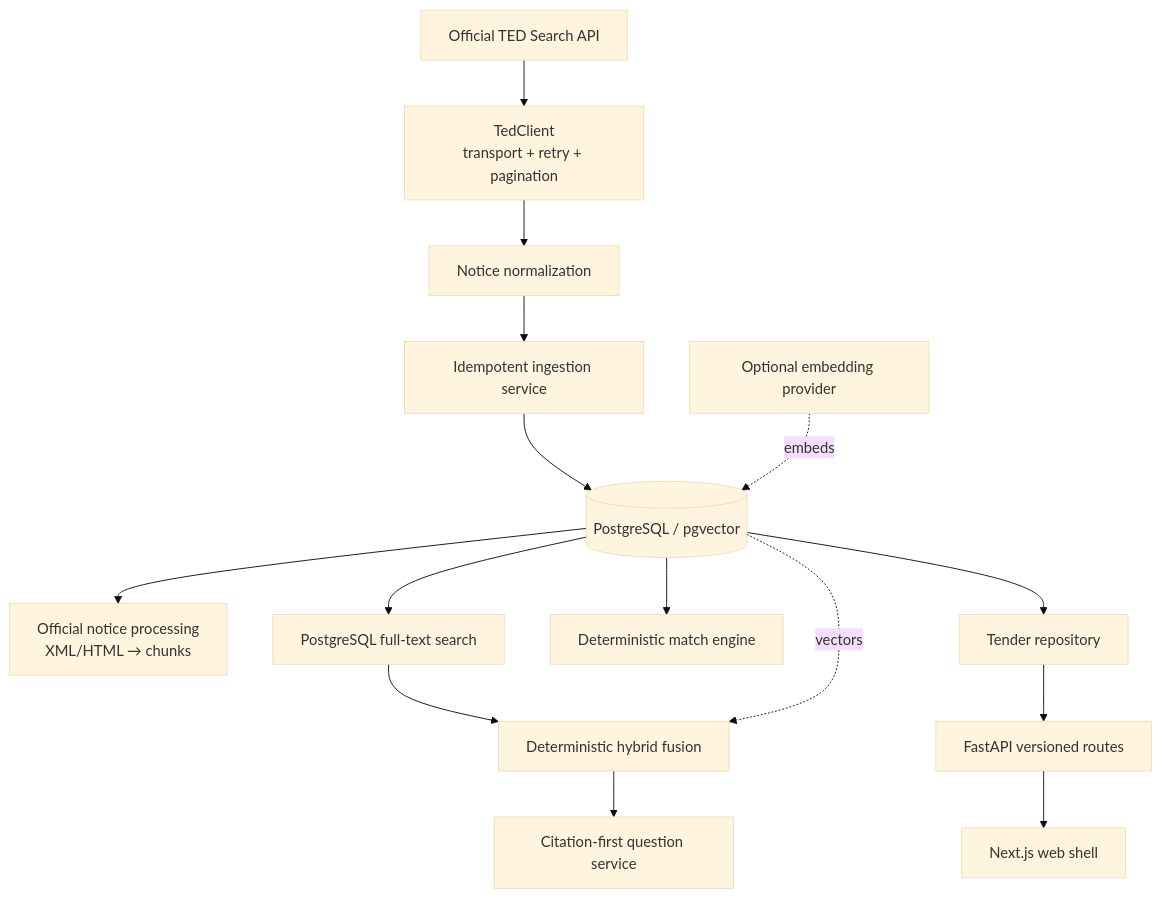
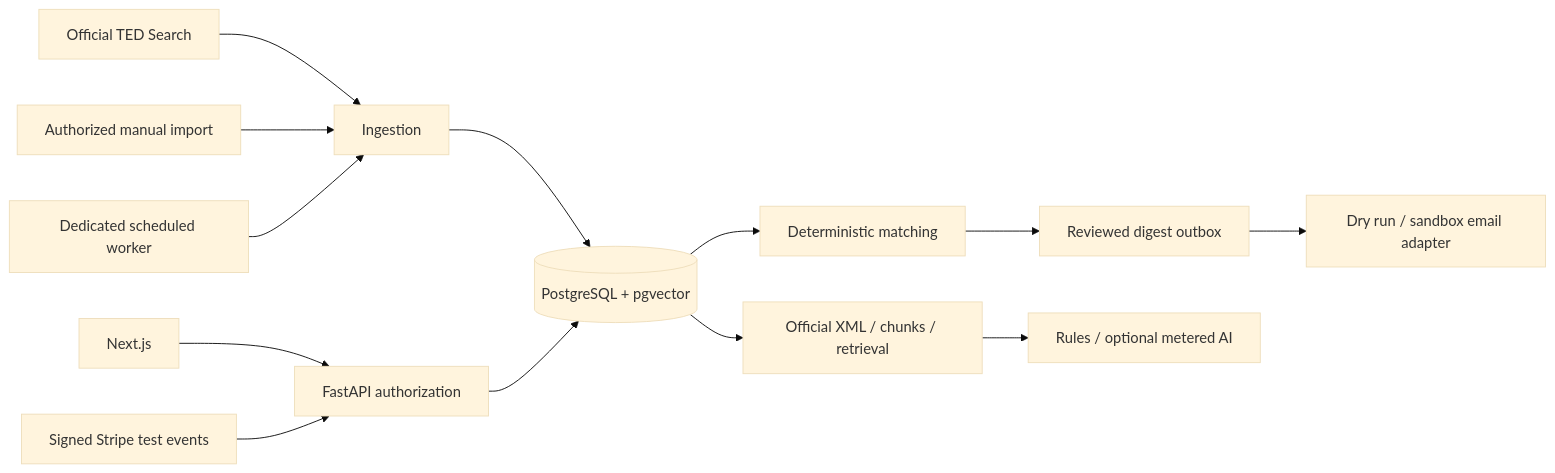
One commit to AbdulAkil/TenderLens-AI changed the diagram in docs/architecture.md. Above: the diagram before and after it, drawn with Mermaid (base theme). The commit also changed other lines of this file and 18 other files, not shown here.

````diff
--- a/docs/architecture.md
+++ b/docs/architecture.md
@@ -9,17 +8,15 @@
 ```mermaid
-flowchart TD
-  T[Official TED Search API] --> C[TedClient\ntransport + retry + pagination]
-  C --> N[Notice normalization]
-  N --> I[Idempotent ingestion service]
-  I --> D[(PostgreSQL / pgvector)]
-  D --> P[Official notice processing\nXML/HTML → chunks]
-  D --> L[PostgreSQL full-text search]
-  E[Optional embedding provider] -. embeds .-> D
-  L --> H[Deterministic hybrid fusion]
-  D -. vectors .-> H
-  H --> Q[Citation-first question service]
-  D --> M[Deterministic match engine]
-  D --> R[Tender repository]
-  R --> A[FastAPI versioned routes]
-  A --> F[Next.js web shell]
+flowchart LR
+  TED[Official TED Search] --> Ingestion
+  Manual[Authorized manual import] --> Ingestion
+  Ingestion --> PG[(PostgreSQL + pgvector)]
+  Worker[Dedicated scheduled worker] --> Ingestion
+  PG --> Match[Deterministic matching]
+  Match --> Digest[Reviewed digest outbox]
+  Digest --> Email[Dry run / sandbox email adapter]
+  PG --> Evidence[Official XML / chunks / retrieval]
+  Evidence --> Report[Rules / optional metered AI]
+  Web[Next.js] --> API[FastAPI authorization]
+  API --> PG
+  Stripe[Signed Stripe test events] --> API
 ```
````
